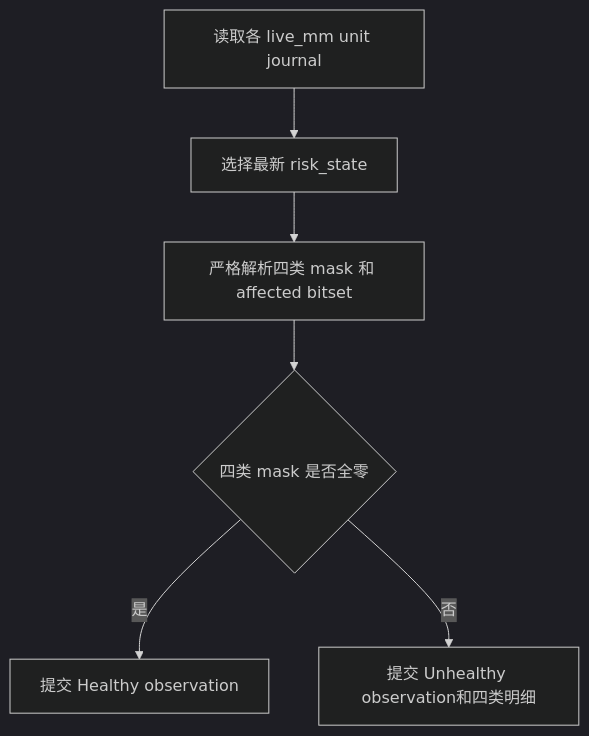
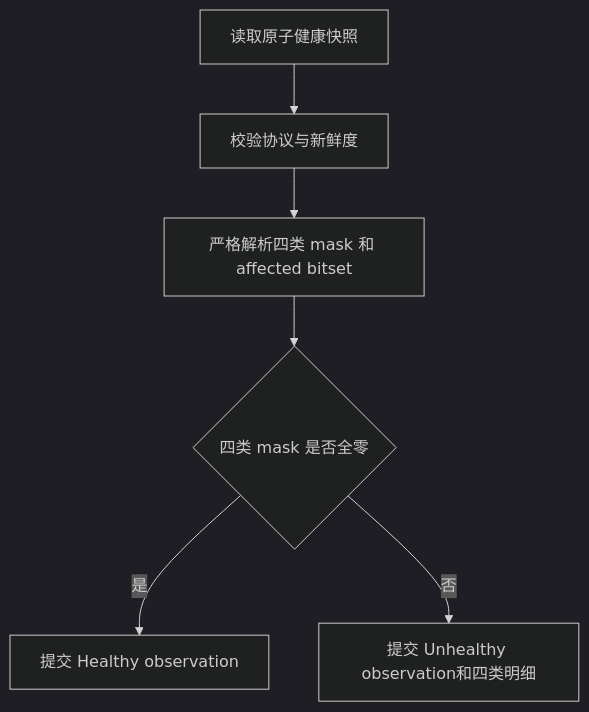
Before and after one commit to sqfzy/alertd: the diagram in docs/live-mm-risk-monitoring.md, drawn with Mermaid (dark theme). The commit also changed other lines of this file and 11 other files, not shown here.

Commit message:
refactor(alertd): remove live mm journal collector

````diff
--- a/docs/live-mm-risk-monitoring.md
+++ b/docs/live-mm-risk-monitoring.md
@@ -26,8 +26,8 @@
 ```mermaid
 flowchart TD
-    S1[读取各 live_mm unit journal] --> S2[选择最新 risk_state]
+    S1[读取原子健康快照] --> S2[校验协议与新鲜度]
     S2 --> S3[严格解析四类 mask 和 affected bitset]
     S3 --> S4{四类 mask 是否全零}
     S4 -- 是 --> S5[提交 Healthy observation]
     S4 -- 否 --> S6[提交 Unhealthy observation和四类明细]
 ```
````
